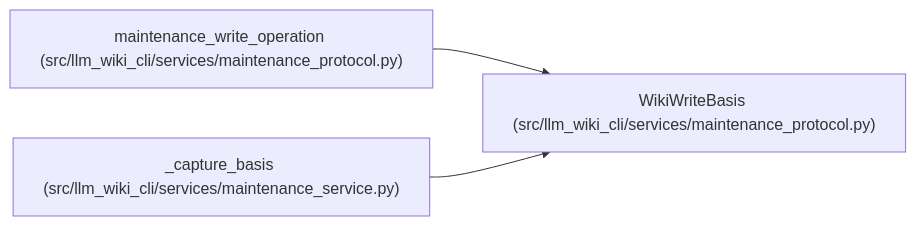
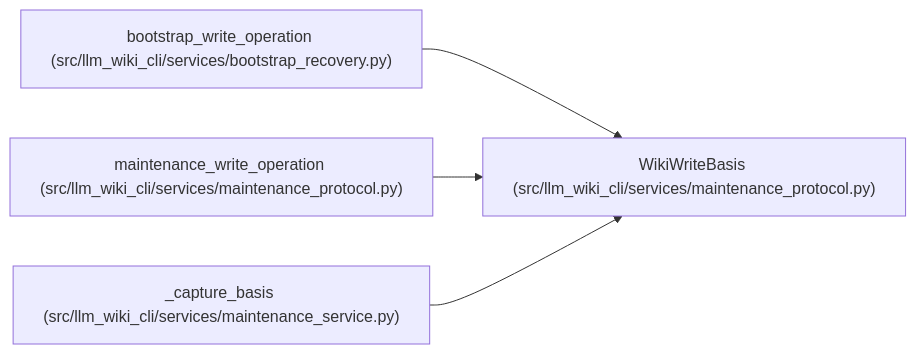
Before and after one commit to Denissvgn/python-wiki-llm: the diagram in docs/llm_wiki/entities/WikiWriteBasis.md, drawn with Mermaid. The commit also changed other lines of this file and 303 other files, not shown here.

Commit message:
docs: refresh wiki for bootstrap recovery and helper validation

````diff
--- a/docs/llm_wiki/entities/WikiWriteBasis.md
+++ b/docs/llm_wiki/entities/WikiWriteBasis.md
@@ -39,11 +40,14 @@
 ```mermaid
 flowchart LR
     n0["WikiWriteBasis (src/llm_wiki_cli/services/maintenance_protocol.py)"]
-    n1["maintenance_write_operation (src/llm_wiki_cli/services/maintenance_protocol.py)"]
-    n2["_capture_basis (src/llm_wiki_cli/services/maintenance_service.py)"]
+    n1["bootstrap_write_operation (src/llm_wiki_cli/services/bootstrap_recovery.py)"]
+    n2["maintenance_write_operation (src/llm_wiki_cli/services/maintenance_protocol.py)"]
+    n3["_capture_basis (src/llm_wiki_cli/services/maintenance_service.py)"]
     n1 --> n0
     n2 --> n0
+    n3 --> n0
     click n0 "../modules/maintenance_protocol.md"
-    click n1 "../modules/maintenance_protocol.md"
-    click n2 "../modules/maintenance_service.md"
+    click n1 "../modules/bootstrap_recovery.md"
+    click n2 "../modules/maintenance_protocol.md"
+    click n3 "../modules/maintenance_service.md"
 ```
````
